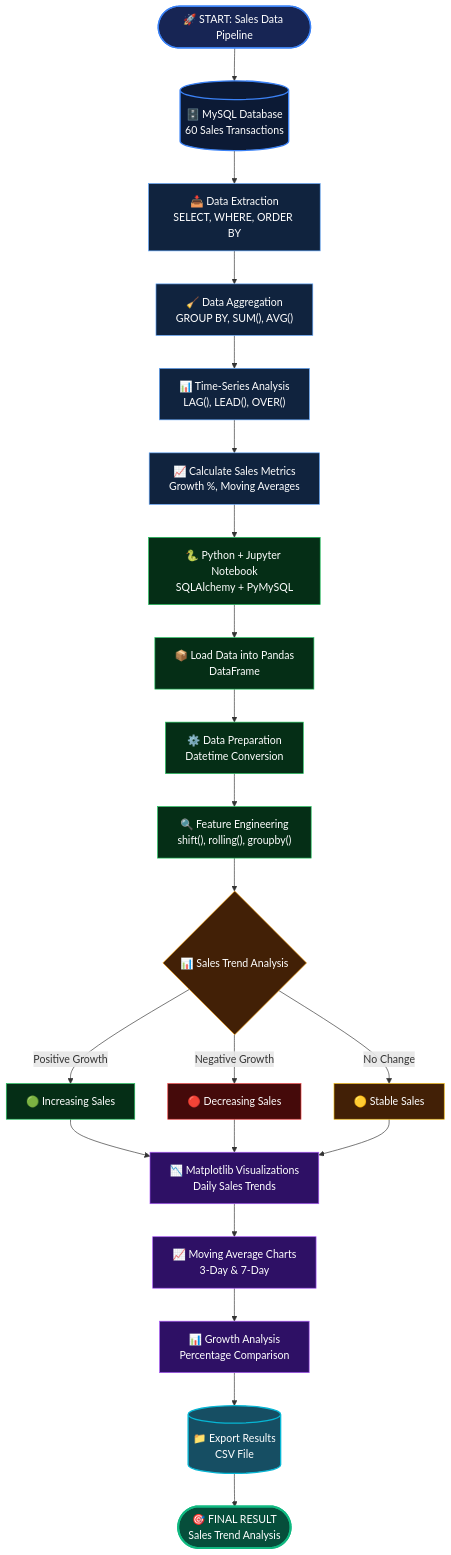
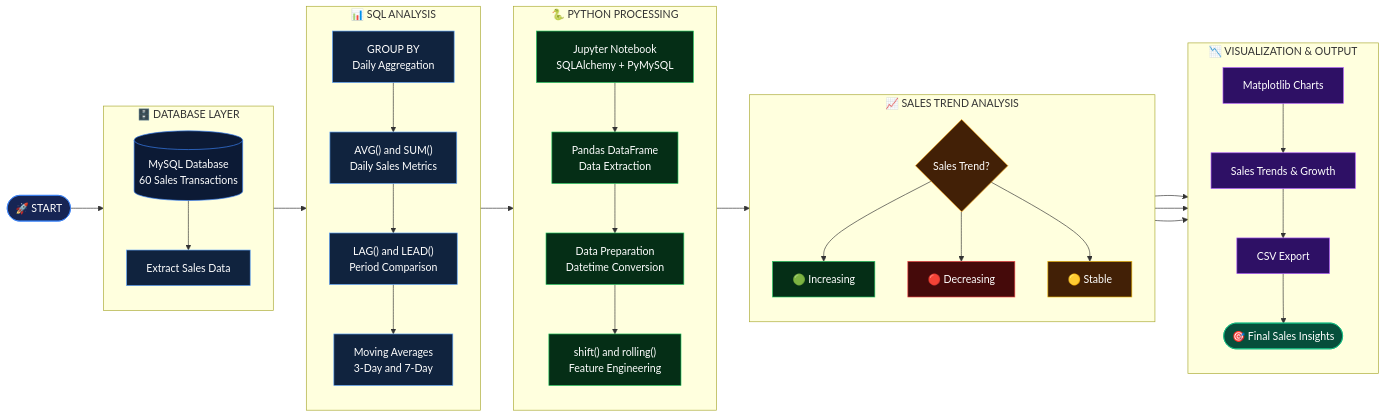
Before and after one commit to AtharvaFDE/5A_Handling_Time_Series_Data_Daily_Average_and_Trends: the diagram in README.md, drawn with Mermaid. The commit also changed other lines of this file, not shown here.

Commit message:
Update README with flowchart and workflow details

````diff
--- a/README.md
+++ b/README.md
@@ -67,93 +67,85 @@
 ```mermaid
-flowchart TD
+flowchart LR
 
-    %% DATA SOURCE
-    A(["🚀 START: Sales Data Pipeline"])
-    B[("🗄️ MySQL Database<br/>60 Sales Transactions")]
+    A(["🚀 START"])
 
-    %% SQL PROCESSING
-    C["📥 Data Extraction<br/>SELECT, WHERE, ORDER BY"]
-    D["🧹 Data Aggregation<br/>GROUP BY, SUM(), AVG()"]
-    E["📊 Time-Series Analysis<br/>LAG(), LEAD(), OVER()"]
-    F["📈 Calculate Sales Metrics<br/>Growth %, Moving Averages"]
+    subgraph DB["🗄️ DATABASE LAYER"]
+        direction TB
+        B[("MySQL Database<br/>60 Sales Transactions")]
+        C["Extract Sales Data"]
+        B --> C
+    end
 
-    %% PYTHON CONNECTION
-    G["🐍 Python + Jupyter Notebook<br/>SQLAlchemy + PyMySQL"]
-    H["📦 Load Data into Pandas<br/>DataFrame"]
+    subgraph SQL["📊 SQL ANALYSIS"]
+        direction TB
+        D["GROUP BY<br/>Daily Aggregation"]
+        E["AVG() and SUM()<br/>Daily Sales Metrics"]
+        F["LAG() and LEAD()<br/>Period Comparison"]
+        G["Moving Averages<br/>3-Day and 7-Day"]
+        D --> E --> F --> G
+    end
 
-    %% DATA PROCESSING
-    I["⚙️ Data Preparation<br/>Datetime Conversion"]
-    J["🔍 Feature Engineering<br/>shift(), rolling(), groupby()"]
+    subgraph PY["🐍 PYTHON PROCESSING"]
+        direction TB
+        H["Jupyter Notebook<br/>SQLAlchemy + PyMySQL"]
+        I["Pandas DataFrame<br/>Data Extraction"]
+        J["Data Preparation<br/>Datetime Conversion"]
+        K["shift() and rolling()<br/>Feature Engineering"]
+        H --> I --> J --> K
+    end
 
-    %% ANALYSIS
-    K{"📊 Sales Trend Analysis"}
+    subgraph ANALYSIS["📈 SALES TREND ANALYSIS"]
+        direction TB
+        L{"Sales Trend?"}
+        M["🟢 Increasing"]
+        N["🔴 Decreasing"]
+        O["🟡 Stable"]
+        L --> M
+        L --> N
+        L --> O
+    end
 
-    L["🟢 Increasing Sales"]
-    M["🔴 Decreasing Sales"]
-    N["🟡 Stable Sales"]
+    subgraph OUTPUT["📉 VISUALIZATION & OUTPUT"]
+        direction TB
+        P["Matplotlib Charts"]
+        Q["Sales Trends & Growth"]
+        R["CSV Export"]
+        S(["🎯 Final Sales Insights"])
+        P --> Q --> R --> S
+    end
 
-    %% VISUALIZATION
-    O["📉 Matplotlib Visualizations<br/>Daily Sales Trends"]
-    P["📈 Moving Average Charts<br/>3-Day & 7-Day"]
-    Q["📊 Growth Analysis<br/>Percentage Comparison"]
+    A --> B
+    C --> D
+    G --> H
+    K --> L
+    M --> P
+    N --> P
+    O --> P
 
-    %% OUTPUT
-    R[("📁 Export Results<br/>CSV File")]
-    S(["🎯 FINAL RESULT<br/>Sales Trend Analysis"])
+    click B "https://dev.mysql.com/doc/" "MySQL Documentation"
+    click H "https://docs.python.org/3/" "Python Documentation"
+    click I "https://pandas.pydata.org/docs/" "Pandas Documentation"
+    click P "https://matplotlib.org/stable/" "Matplotlib Documentation"
 
-    %% FLOW
-    A --> B
-    B --> C
-    C --> D
-    D --> E
-    E --> F
-    F --> G
-    G --> H
-    H --> I
-    I --> J
-    J --> K
-
-    K -->|Positive Growth| L
-    K -->|Negative Growth| M
-    K -->|No Change| N
-
-    L --> O
-    M --> O
-    N --> O
-
-    O --> P
-    P --> Q
-    Q --> R
-    R --> S
-
-    %% CLICKABLE DOCUMENTATION LINKS
-    click B "https://dev.mysql.com/doc/" "Explore MySQL Documentation"
-    click G "https://docs.python.org/3/" "Explore Python Documentation"
-    click H "https://pandas.pydata.org/docs/" "Explore Pandas Documentation"
-    click O "https://matplotlib.org/stable/" "Explore Matplotlib Documentation"
-
-    %% STYLING
-    classDef start fill:#172554,stroke:#3b82f6,color:#ffffff,stroke-width:2px
-    classDef database fill:#0c1a35,stroke:#3b82f6,color:#ffffff,stroke-width:2px
-    classDef sql fill:#10233e,stroke:#60a5fa,color:#ffffff
-    classDef python fill:#052e16,stroke:#22c55e,color:#ffffff
-    classDef decision fill:#422006,stroke:#f59e0b,color:#ffffff
-    classDef positive fill:#052e16,stroke:#22c55e,color:#ffffff
-    classDef negative fill:#450a0a,stroke:#ef4444,color:#ffffff
-    classDef stable fill:#422006,stroke:#eab308,color:#ffffff
-    classDef visualization fill:#2e1065,stroke:#a855f7,color:#ffffff
-    classDef output fill:#164e63,stroke:#06b6d4,color:#ffffff,stroke-width:2px
-    classDef finish fill:#064e3b,stroke:#10b981,color:#ffffff,stroke-width:3px
+    classDef start fill:#172554,stroke:#3b82f6,color:#fff
+    classDef database fill:#0c1a35,stroke:#3b82f6,color:#fff
+    classDef sql fill:#10233e,stroke:#60a5fa,color:#fff
+    classDef python fill:#052e16,stroke:#22c55e,color:#fff
+    classDef decision fill:#422006,stroke:#f59e0b,color:#fff
+    classDef positive fill:#052e16,stroke:#22c55e,color:#fff
+    classDef negative fill:#450a0a,stroke:#ef4444,color:#fff
+    classDef stable fill:#422006,stroke:#eab308,color:#fff
+    classDef output fill:#2e1065,stroke:#a855f7,color:#fff
+    classDef finish fill:#064e3b,stroke:#10b981,color:#fff
 
     class A start
     class B database
-    class C,D,E,F sql
-    class G,H,I,J python
-    class K decision
-    class L positive
-    class M negative
-    class N stable
-    class O,P,Q visualization
-    class R output
+    class C,D,E,F,G sql
+    class H,I,J,K python
+    class L decision
+    class M positive
+    class N negative
+    class O stable
+    class P,Q,R output
     class S finish
 ```
````
